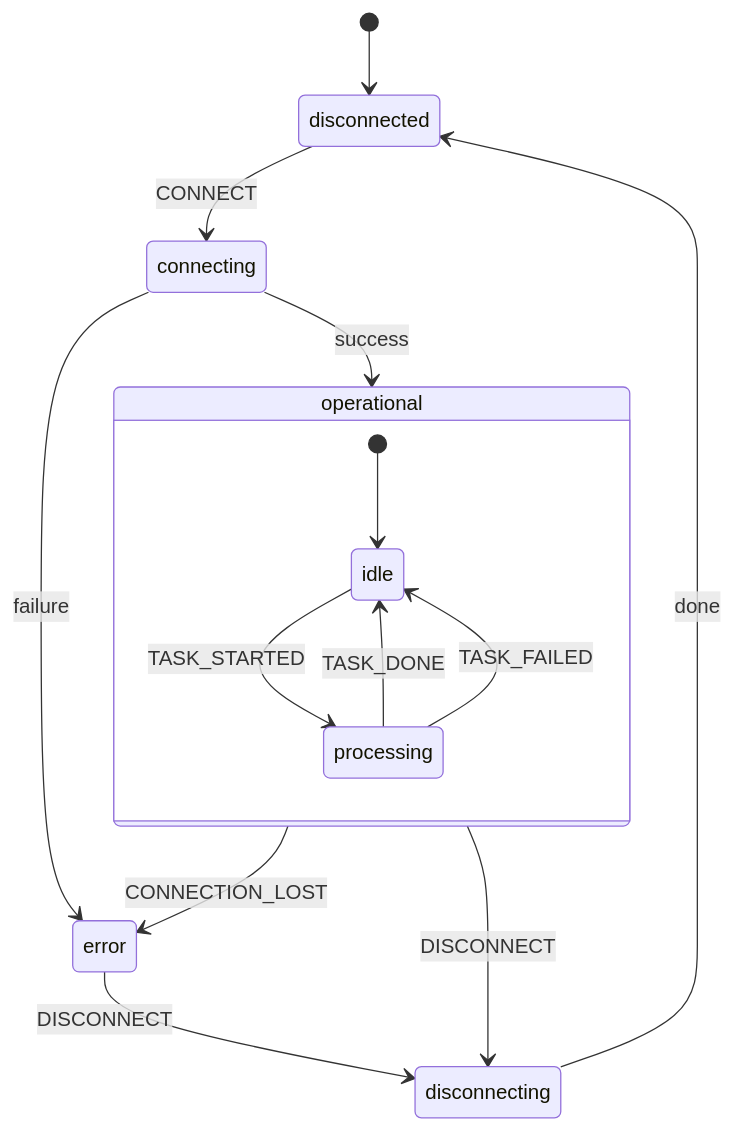
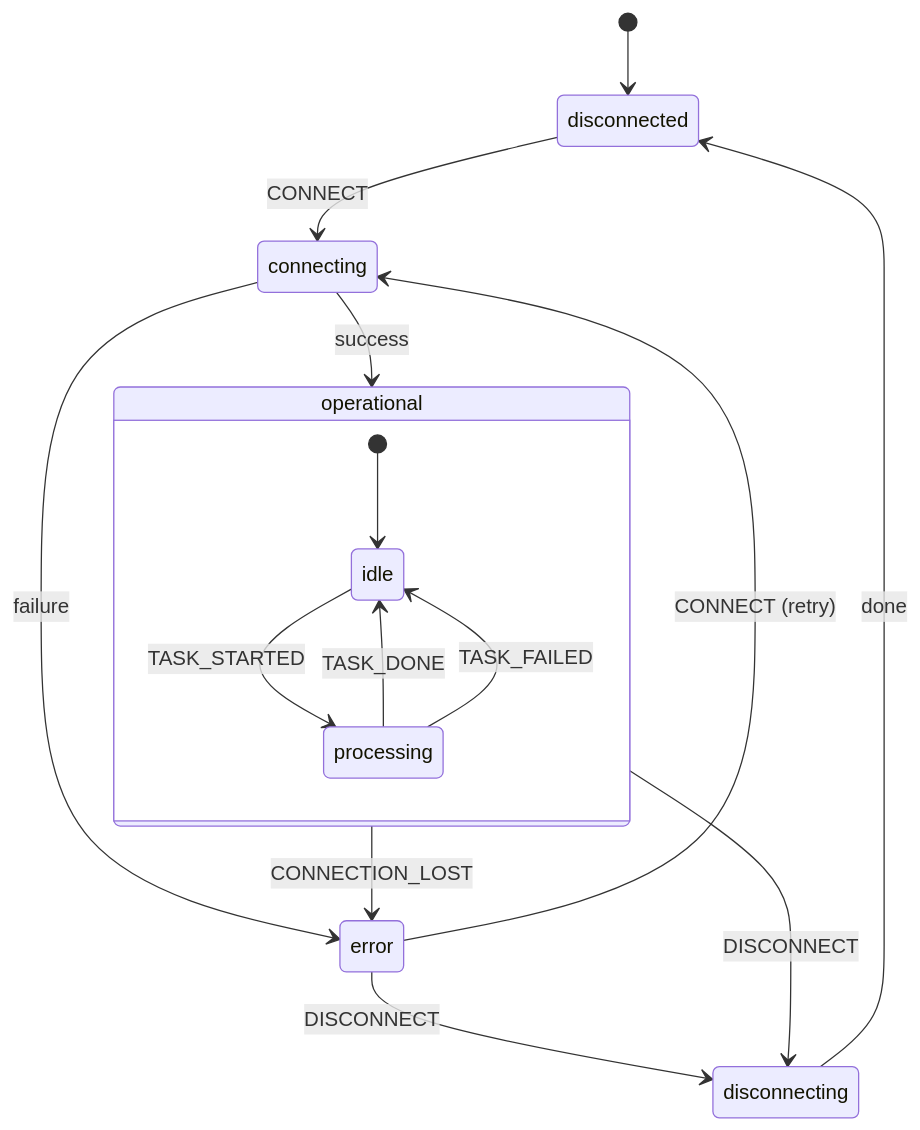
One commit to uraitakahito/browserhive changed the third of 3 diagrams in README.md. Above: the diagram before and after it, drawn with Mermaid. The commit also changed other lines of this file and 18 other files, not shown here.

````diff
--- a/README.md
+++ b/README.md
@@ -87,22 +95,23 @@
 ```mermaid
 stateDiagram-v2
     [*] --> disconnected
     disconnected --> connecting : CONNECT
 
     connecting --> operational : success
     connecting --> error : failure
 
     state operational {
         [*] --> idle
         idle --> processing : TASK_STARTED
         processing --> idle : TASK_DONE
         processing --> idle : TASK_FAILED
     }
 
     operational --> error : CONNECTION_LOST
     operational --> disconnecting : DISCONNECT
 
+    error --> connecting : CONNECT (retry)
     error --> disconnecting : DISCONNECT
 
     disconnecting --> disconnected : done
 ```
````
